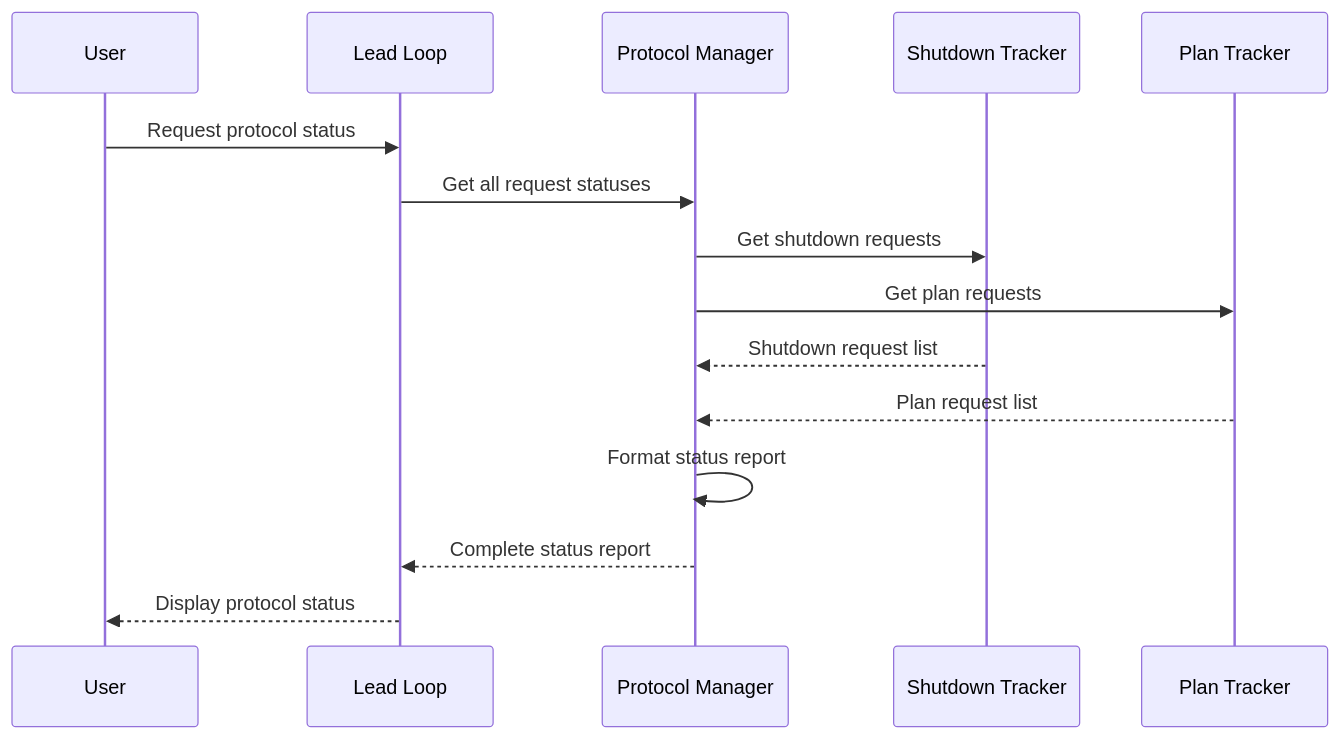
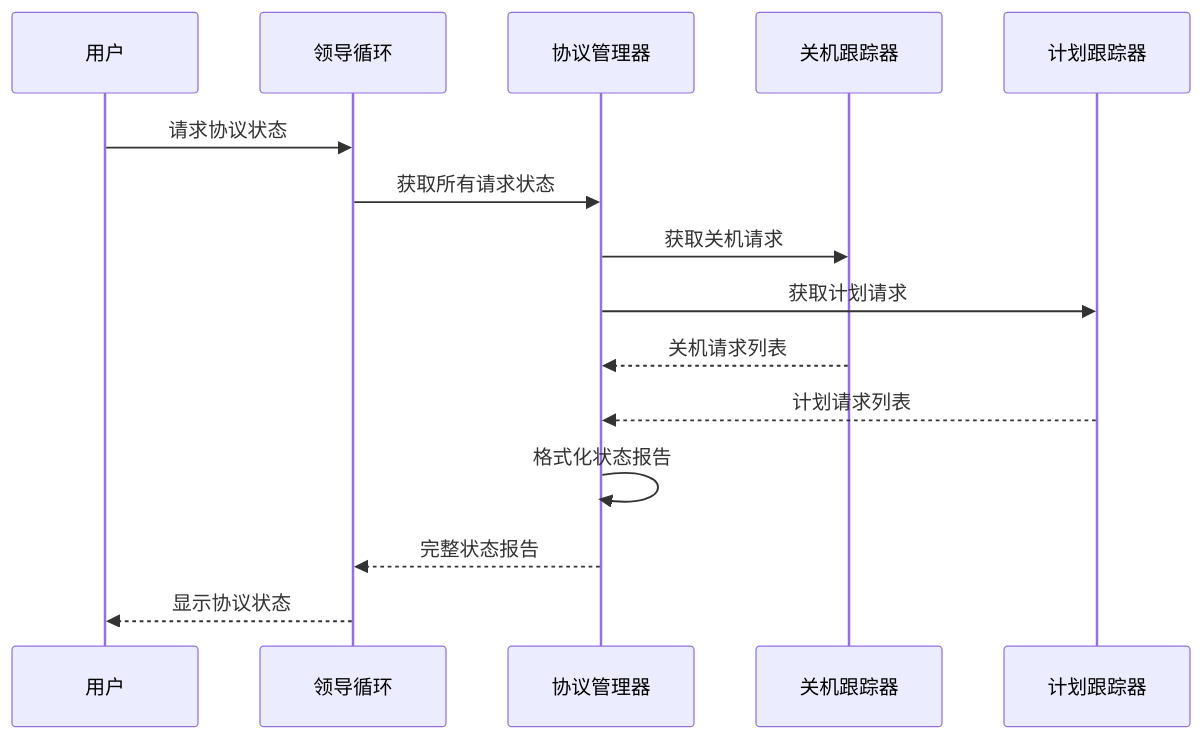
Before and after one commit to duzhenxun/ai-agent-study: the fifth of 9 diagrams in s10/s10-team-protocols.md, drawn with Mermaid. The commit also changed other lines of this file and 2 other files, not shown here.

````diff
--- a/s10/s10-team-protocols.md
+++ b/s10/s10-team-protocols.md
@@ -292,18 +292,18 @@
 ```mermaid
 sequenceDiagram
-    participant User as User
-    participant LeadLoop as Lead Loop
-    participant ProtocolMgr as Protocol Manager
-    participant ShutdownTracker as Shutdown Tracker
-    participant PlanTracker as Plan Tracker
+    participant User as 用户
+    participant LeadLoop as 领导循环
+    participant ProtocolMgr as 协议管理器
+    participant ShutdownTracker as 关机跟踪器
+    participant PlanTracker as 计划跟踪器
 
-    User->>LeadLoop: Request protocol status
-    LeadLoop->>ProtocolMgr: Get all request statuses
-    ProtocolMgr->>ShutdownTracker: Get shutdown requests
-    ProtocolMgr->>PlanTracker: Get plan requests
-    ShutdownTracker-->>ProtocolMgr: Shutdown request list
-    PlanTracker-->>ProtocolMgr: Plan request list
-    ProtocolMgr->>ProtocolMgr: Format status report
-    ProtocolMgr-->>LeadLoop: Complete status report
-    LeadLoop-->>User: Display protocol status
+    User->>LeadLoop: 请求协议状态
+    LeadLoop->>ProtocolMgr: 获取所有请求状态
+    ProtocolMgr->>ShutdownTracker: 获取关机请求
+    ProtocolMgr->>PlanTracker: 获取计划请求
+    ShutdownTracker-->>ProtocolMgr: 关机请求列表
+    PlanTracker-->>ProtocolMgr: 计划请求列表
+    ProtocolMgr->>ProtocolMgr: 格式化状态报告
+    ProtocolMgr-->>LeadLoop: 完整状态报告
+    LeadLoop-->>User: 显示协议状态
 ```
````
